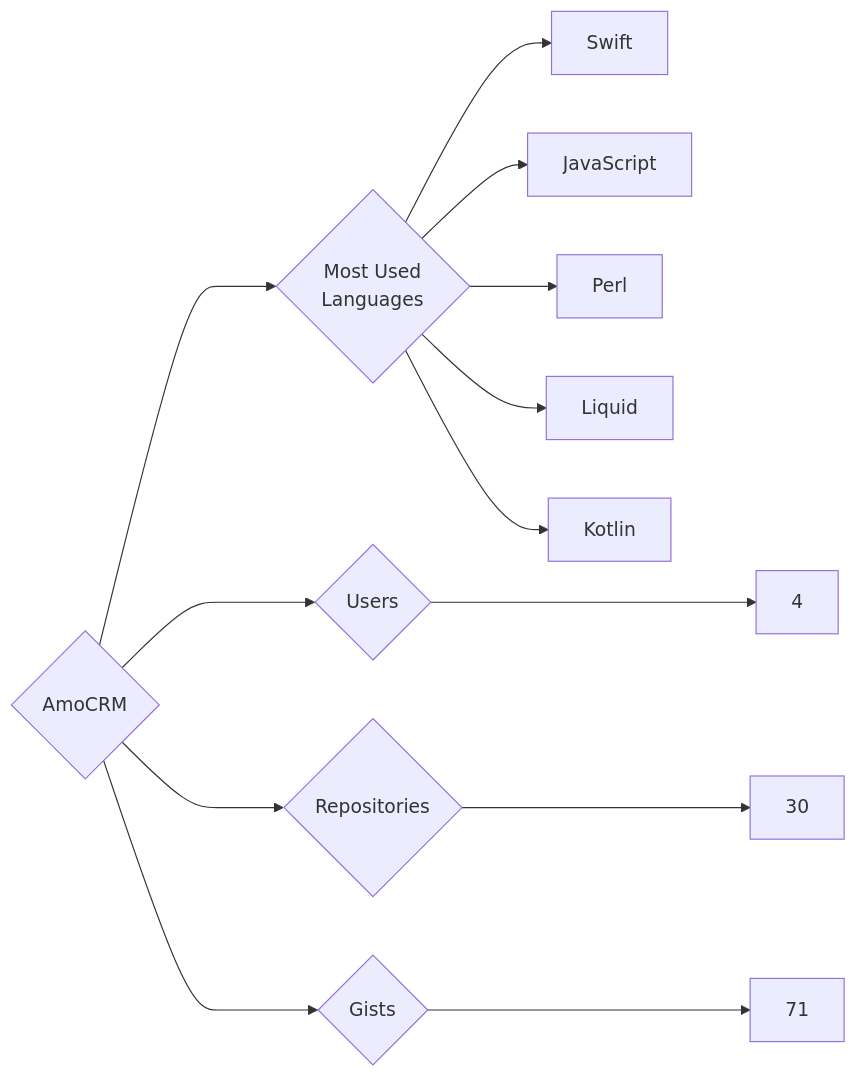
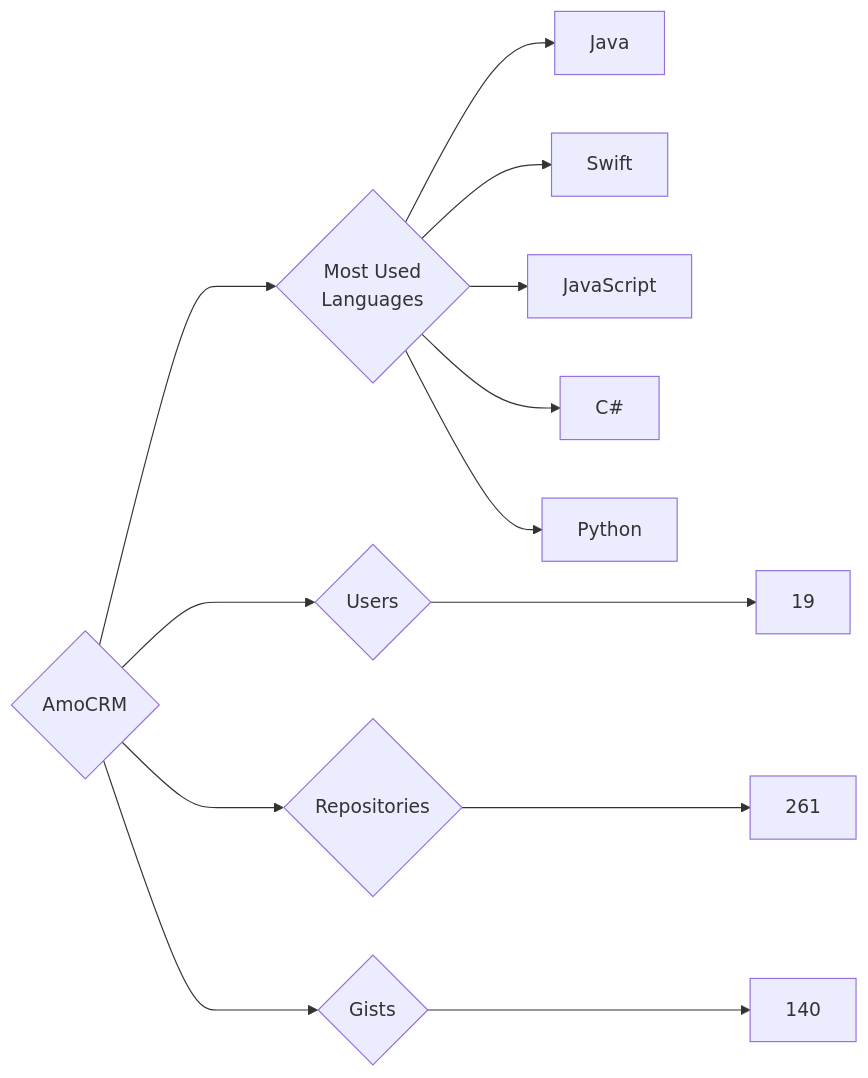
Before and after one commit to trickest/insiders: the diagram in targets/AmoCRM/README.md, drawn with Mermaid. The commit also changed 845 other files, not shown here.

````diff
--- a/targets/AmoCRM/README.md
+++ b/targets/AmoCRM/README.md
@@ -3,13 +3,13 @@
 ```mermaid
 graph LR
 COMPANY_NAME{AmoCRM}
-COMPANY_NAME ---> U{Users} ---> UN[4]
-COMPANY_NAME ---> R{Repositories} ---> RN[30]
-COMPANY_NAME ---> G{Gists} ---> GN[71]
+COMPANY_NAME ---> U{Users} ---> UN[19]
+COMPANY_NAME ---> R{Repositories} ---> RN[261]
+COMPANY_NAME ---> G{Gists} ---> GN[140]
 COMPANY_NAME ---> ML{Most Used<br>Languages}
+ML --> Java[Java]
 ML --> Swift[Swift]
 ML --> JavaScript[JavaScript]
-ML --> Perl[Perl]
-ML --> Liquid[Liquid]
-ML --> Kotlin[Kotlin]
+ML --> C#[C#]
+ML --> Python[Python]
 ```
````
